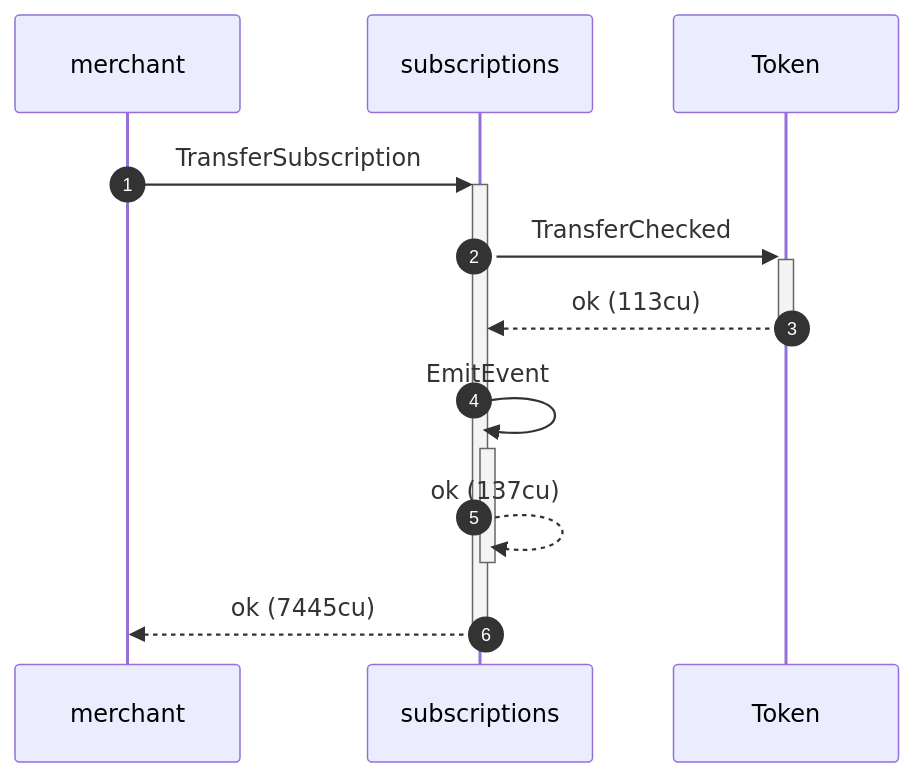
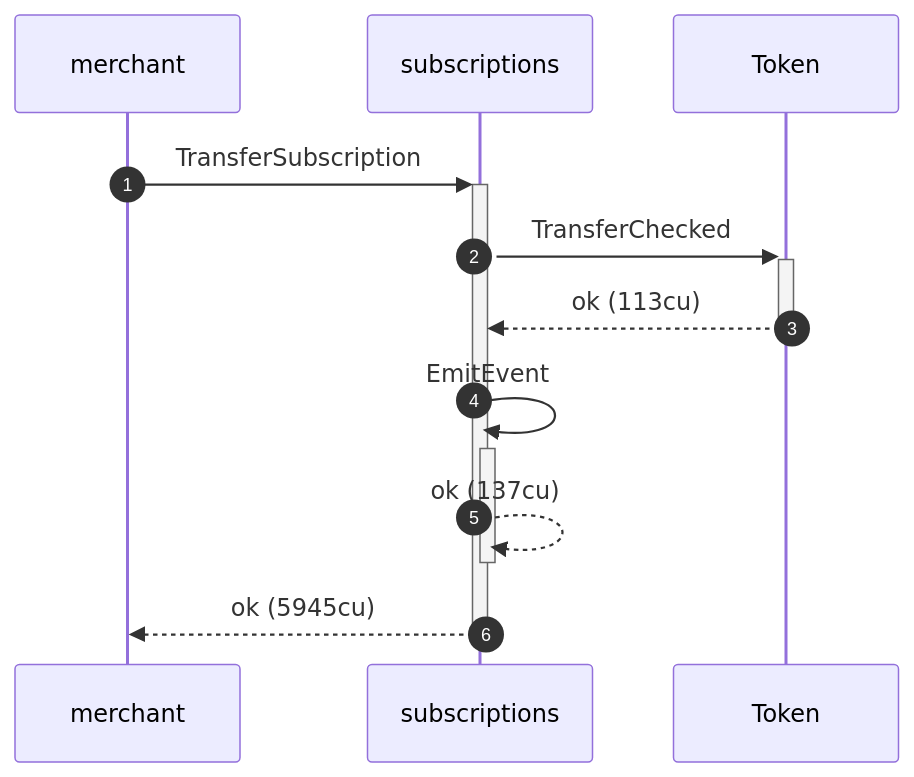
One commit to cds-rs/subscriptions changed diagram 14 of 16 in dsl_tests/transfer-subscription--cancellation-still-allows-the-current-period.md. Above: the diagram before and after it, drawn with Mermaid. The commit also changed other lines of this file and 224 other files, not shown here.

````diff
--- a/dsl_tests/transfer-subscription--cancellation-still-allows-the-current-period.md
+++ b/dsl_tests/transfer-subscription--cancellation-still-allows-the-current-period.md
@@ -257,13 +269,13 @@
 ```mermaid
 sequenceDiagram
     autonumber
     participant merchant
     participant subscriptions
     participant Token
     merchant ->>+ subscriptions: TransferSubscription
     subscriptions ->>+ Token: TransferChecked
     Token -->>- subscriptions: ok (113cu)
     subscriptions ->>+ subscriptions: EmitEvent
     subscriptions -->>- subscriptions: ok (137cu)
-    subscriptions -->>- merchant: ok (7445cu)
+    subscriptions -->>- merchant: ok (5945cu)
 ```
````
